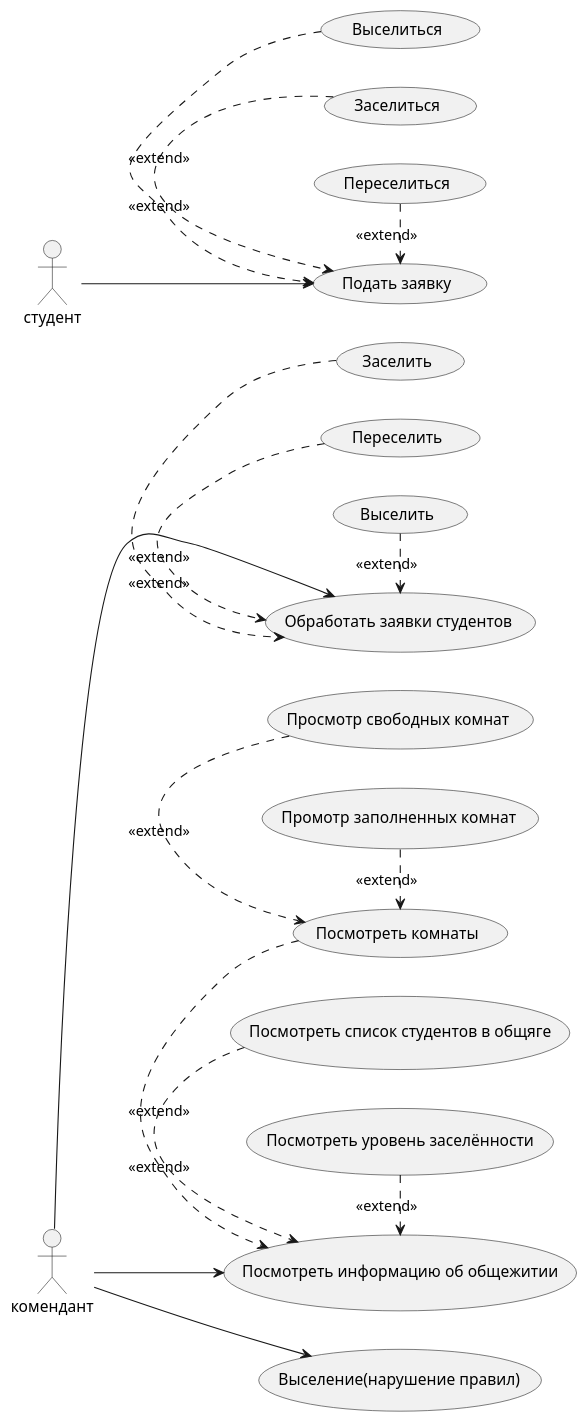
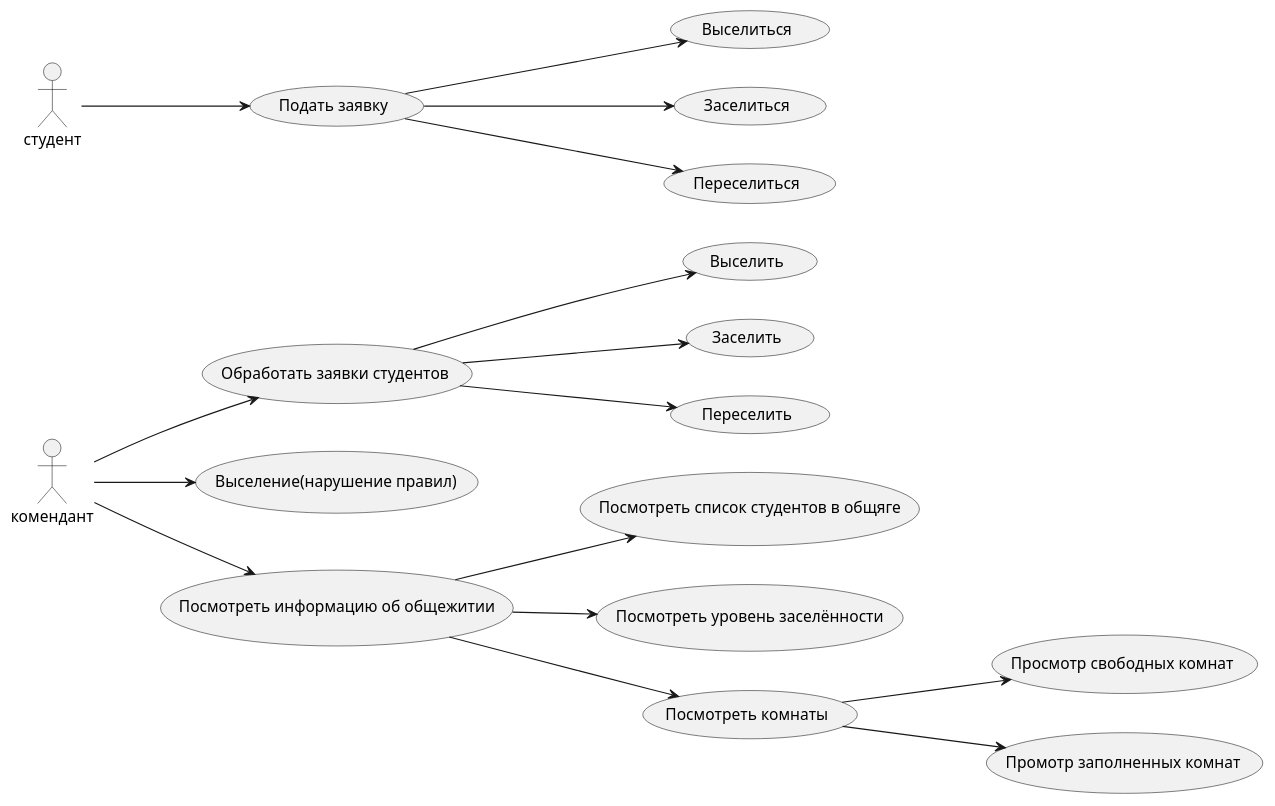
Before and after one commit to daniildDruzhinin532/Project_inf: the diagram in docs/diagrams/use_case.pu, drawn with PlantUML.

Commit message:
ЙОУ

```diff
--- a/docs/diagrams/use_case.pu
+++ b/docs/diagrams/use_case.pu
@@ -1,47 +1,47 @@
 @startuml
 left to right direction
 
 actor комендант
 actor студент
 
 usecase "Обработать заявки студентов" as U1
 usecase "Выселить" as U2
 usecase "Заселить" as U3
 usecase "Переселить" as U4
 usecase "Выселение(нарушение правил)" as U5
 
 usecase "Посмотреть информацию об общежитии" as U6
 usecase "Посмотреть список студентов в общяге" as U7
 usecase "Посмотреть уровень заселённости" as U8
 usecase "Посмотреть комнаты" as U9
 usecase "Просмотр свободных комнат" as U10
 usecase "Промотр заполненных комнат" as U11
 
 usecase "Подать заявку" as U12
 usecase "Выселиться" as U13
 usecase "Заселиться" as U14
 usecase "Переселиться" as U15
 
 комендант --> U1
 
 комендант --> U6
 комендант --> U5
 студент --> U12
 
 
-U2 .> U1 : <<extend>>
-U3 .> U1 : <<extend>>
-U4 .> U1 : <<extend>>
+U1 --> U2
+U1 --> U3
+U1 --> U4
 
-U7 .> U6 : <<extend>>
-U8 .> U6 : <<extend>>
-U9 .> U6 : <<extend>>
+U6 --> U7
+U6 --> U8
+U6 --> U9
 
-U10 .> U9 : <<extend>>
-U11 .> U9 : <<extend>>
+U9 --> U10
+U9 --> U11
 
-U13 .> U12 : <<extend>>
-U14 .> U12 : <<extend>>
-U15 .> U12 : <<extend>>
+U12 --> U13
+U12 --> U14
+U12 --> U15
 
 @enduml
```
